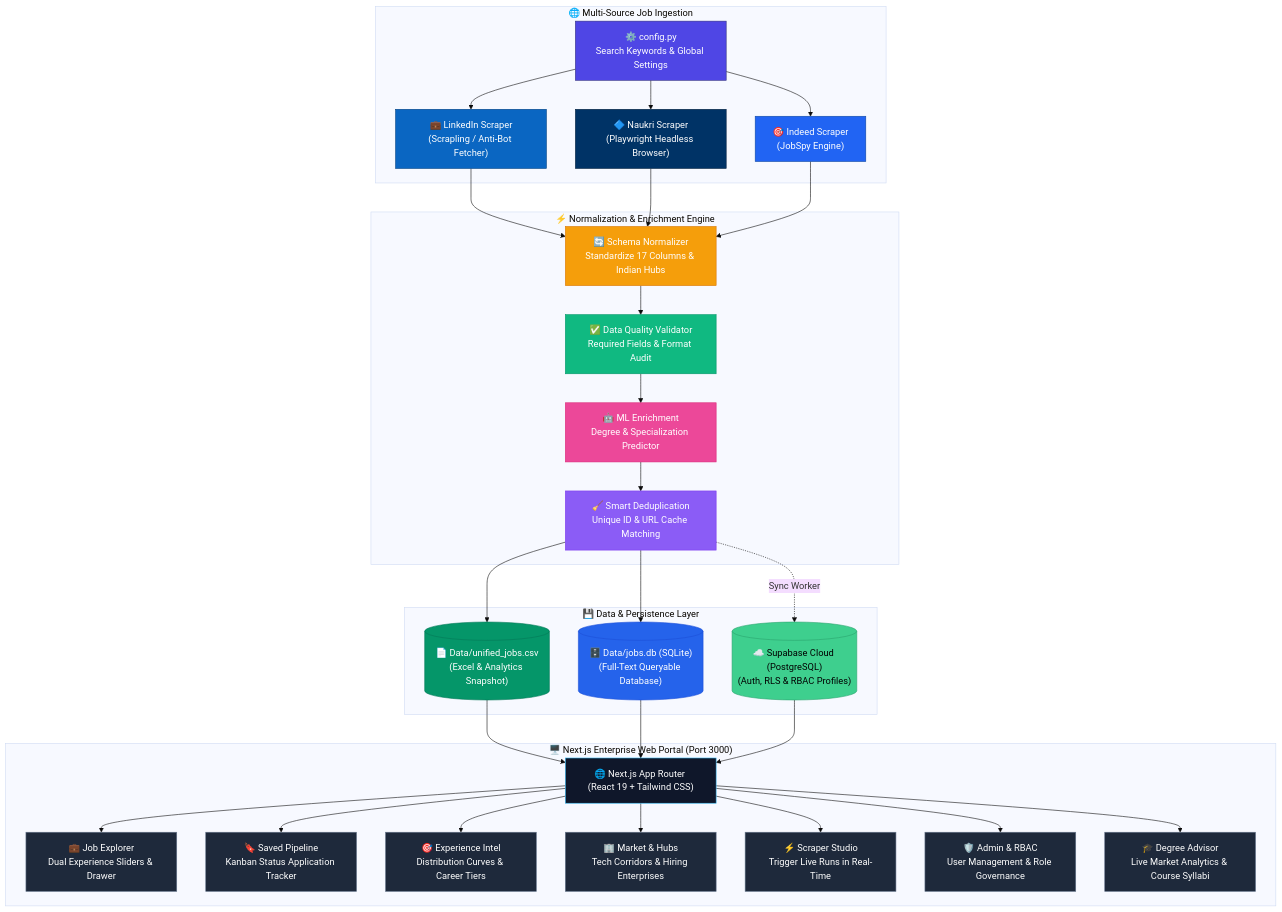
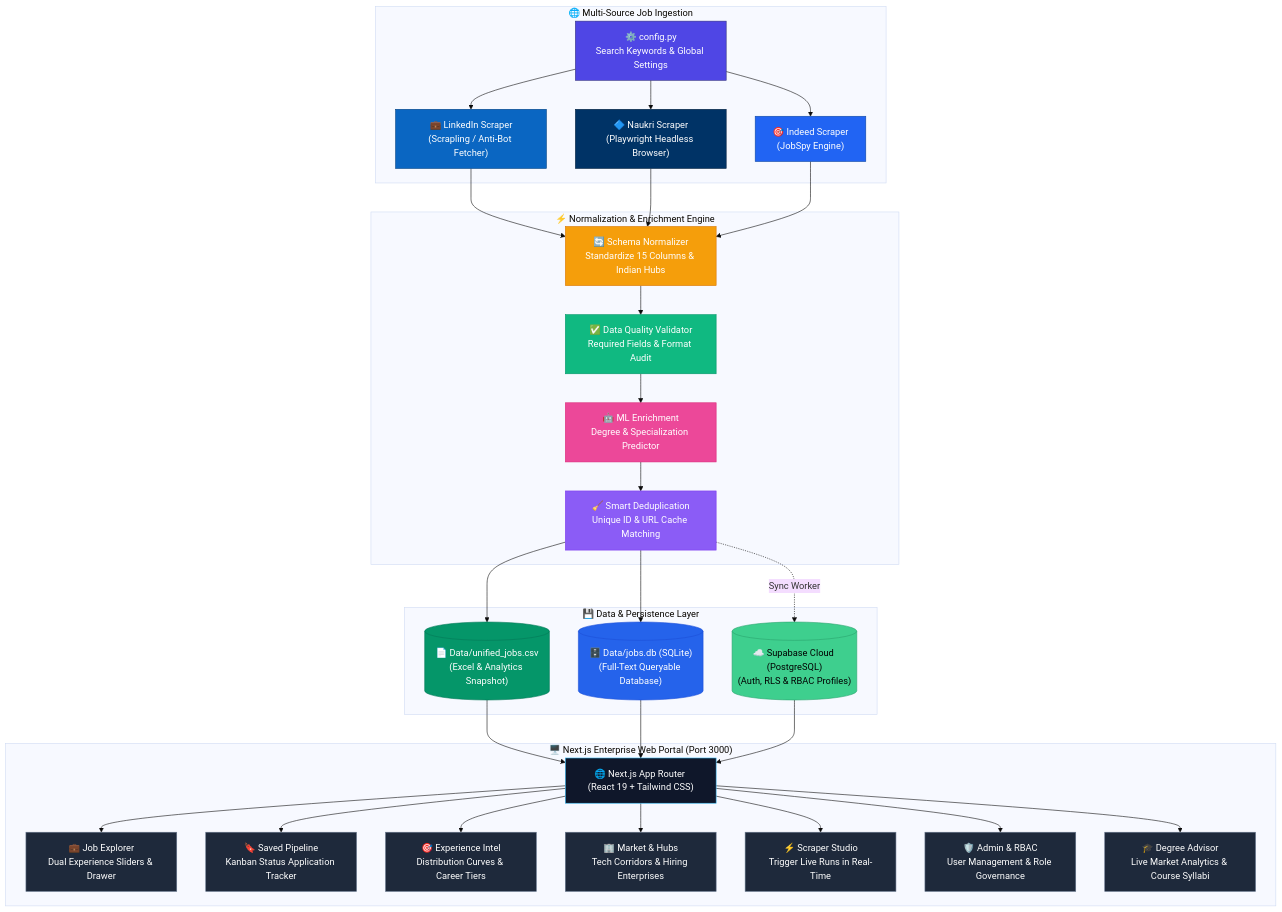
Before and after one commit to Kokss28/Job_Scraper: the diagram in README.md, drawn with Mermaid (base theme). The commit also changed other lines of this file and 1 other file, not shown here.

Commit message:
docs(readme): update documentation to reflect 15-column canonical schema and guest API detail enrichment

````diff
--- a/README.md
+++ b/README.md
@@ -40,79 +40,79 @@
 ```mermaid
 flowchart TD
     subgraph SOURCING ["🌐 Multi-Source Job Ingestion"]
         CFG["⚙️ config.py<br/>Search Keywords & Global Settings"]
         LI["💼 LinkedIn Scraper<br/>(Scrapling / Anti-Bot Fetcher)"]
         NK["🔷 Naukri Scraper<br/>(Playwright Headless Browser)"]
         IN["🎯 Indeed Scraper<br/>(JobSpy Engine)"]
         CFG --> LI
         CFG --> NK
         CFG --> IN
     end
 
     subgraph PROCESSING ["⚡ Normalization & Enrichment Engine"]
-        NORM["🔄 Schema Normalizer<br/>Standardize 17 Columns & Indian Hubs"]
+        NORM["🔄 Schema Normalizer<br/>Standardize 15 Columns & Indian Hubs"]
         VAL["✅ Data Quality Validator<br/>Required Fields & Format Audit"]
         ML["🤖 ML Enrichment<br/>Degree & Specialization Predictor"]
         DEDUP["🧹 Smart Deduplication<br/>Unique ID & URL Cache Matching"]
         
         LI --> NORM
         NK --> NORM
         IN --> NORM
         NORM --> VAL
         VAL --> ML
         ML --> DEDUP
     end
 
     subgraph STORAGE ["💾 Data & Persistence Layer"]
         CSV[("📄 Data/unified_jobs.csv<br/>(Excel & Analytics Snapshot)")]
         SQL[("🗄️ Data/jobs.db (SQLite)<br/>(Full-Text Queryable Database)")]
         SUPA[("☁️ Supabase Cloud (PostgreSQL)<br/>(Auth, RLS & RBAC Profiles)")]
         
         DEDUP --> CSV
         DEDUP --> SQL
         DEDUP -.->|Sync Worker| SUPA
     end
 
     subgraph WEBAPP ["🖥️ Next.js Enterprise Web Portal (Port 3000)"]
         PORTAL["🌐 Next.js App Router (React 19 + Tailwind CSS)"]
         CSV --> PORTAL
         SQL --> PORTAL
         SUPA --> PORTAL
 
         P1["💼 Job Explorer<br/>Dual Experience Sliders & Drawer"]
         P2["🔖 Saved Pipeline<br/>Kanban Status Application Tracker"]
         P3["🎯 Experience Intel<br/>Distribution Curves & Career Tiers"]
         P4["🏢 Market & Hubs<br/>Tech Corridors & Hiring Enterprises"]
         P5["⚡ Scraper Studio<br/>Trigger Live Runs in Real-Time"]
         P6["🛡️ Admin & RBAC<br/>User Management & Role Governance"]
         P7["🎓 Degree Advisor<br/>Live Market Analytics & Course Syllabi"]
 
         PORTAL --> P1
         PORTAL --> P2
         PORTAL --> P3
         PORTAL --> P4
         PORTAL --> P5
         PORTAL --> P6
         PORTAL --> P7
     end
 
     style CFG fill:#4F46E5,color:#fff,stroke:#312E81
     style LI fill:#0A66C2,color:#fff,stroke:#004182
     style NK fill:#003366,color:#fff,stroke:#001F3F
     style IN fill:#2164f3,color:#fff,stroke:#0d47a1
     style NORM fill:#F59E0B,color:#fff,stroke:#D97706
     style VAL fill:#10B981,color:#fff,stroke:#059669
     style ML fill:#EC4899,color:#fff,stroke:#DB2777
     style DEDUP fill:#8B5CF6,color:#fff,stroke:#7C3AED
     style CSV fill:#059669,color:#fff,stroke:#047857
     style SQL fill:#2563EB,color:#fff,stroke:#1D4ED8
     style SUPA fill:#3ECF8E,color:#000,stroke:#2BA36D
     style PORTAL fill:#0F172A,color:#fff,stroke:#38BDF8
     style P1 fill:#1E293B,color:#fff,stroke:#64748B
     style P2 fill:#1E293B,color:#fff,stroke:#64748B
     style P3 fill:#1E293B,color:#fff,stroke:#64748B
     style P4 fill:#1E293B,color:#fff,stroke:#64748B
     style P5 fill:#1E293B,color:#fff,stroke:#64748B
     style P6 fill:#1E293B,color:#fff,stroke:#64748B
     style P7 fill:#1E293B,color:#fff,stroke:#64748B
 ```
````
